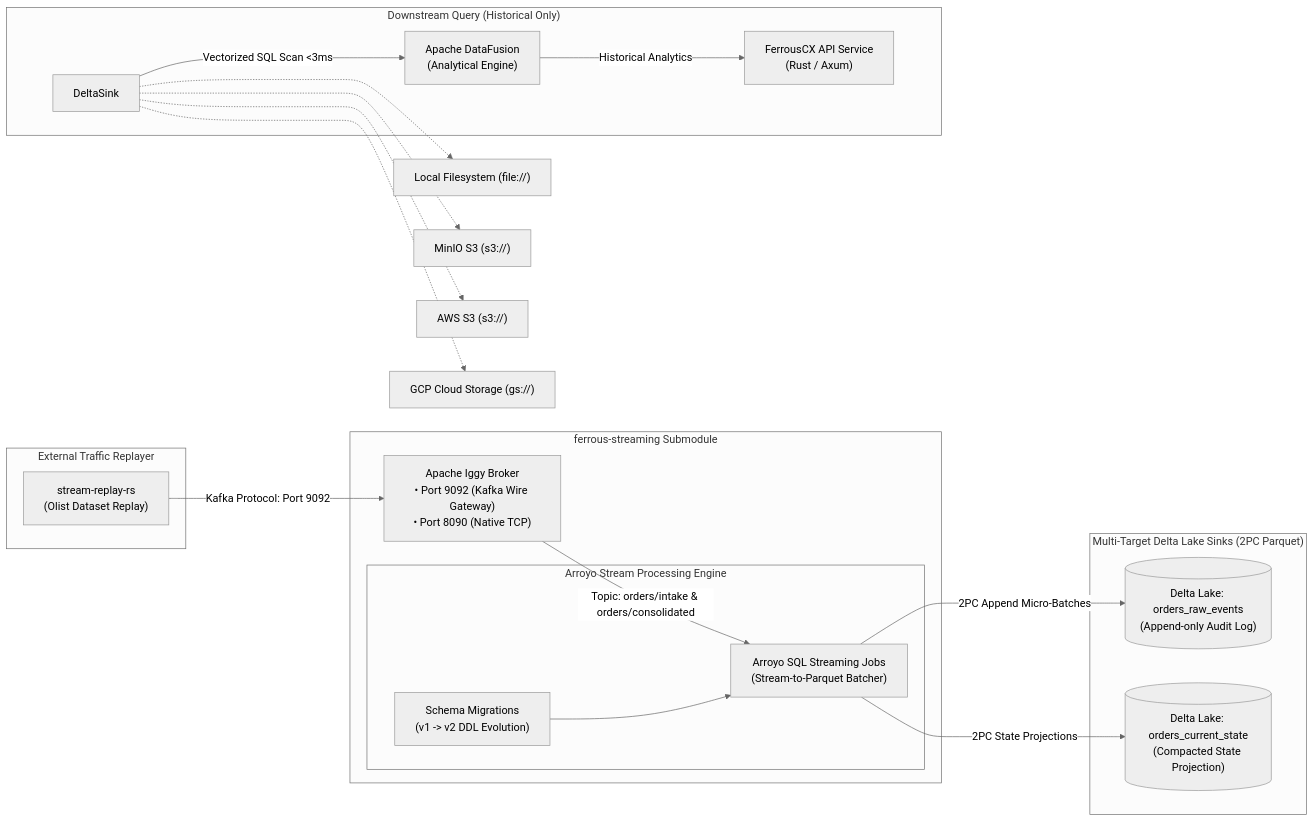
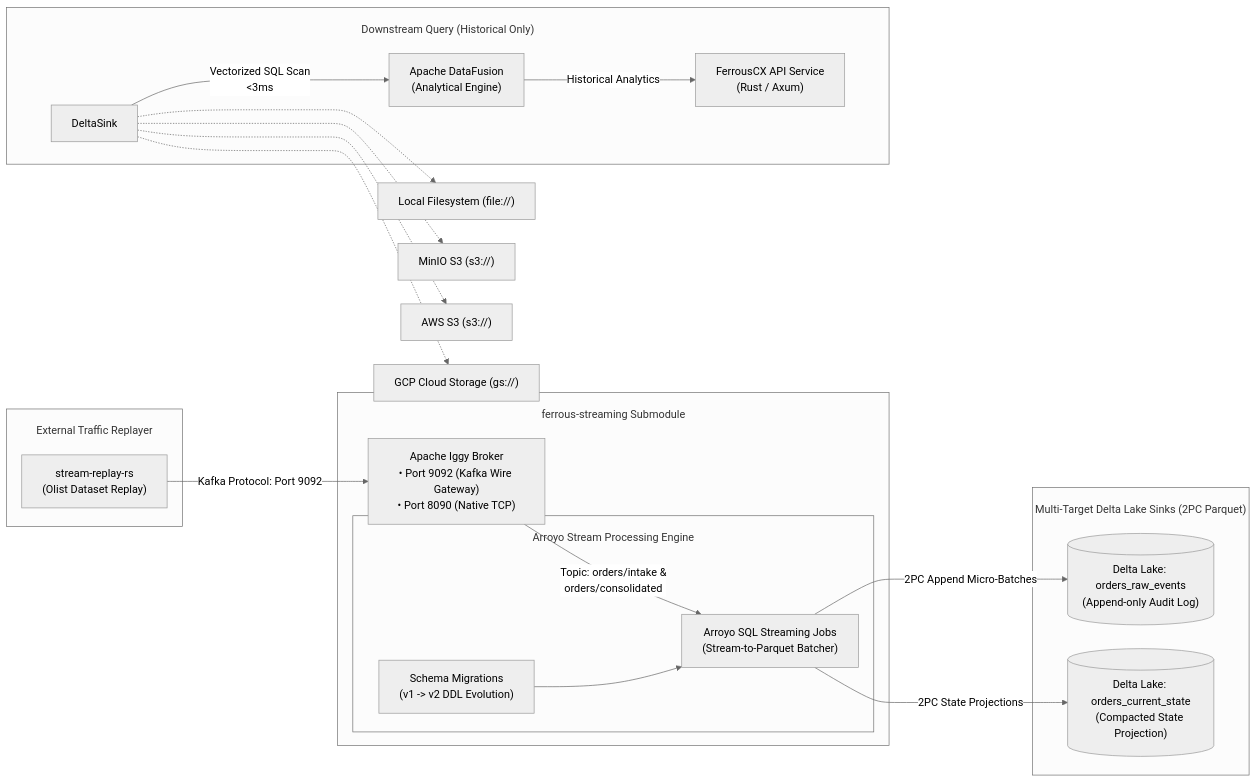
The diagram in README.md (reidlai/ferrous-streaming), drawn with Mermaid (neutral theme) before and after one commit.

Commit message:
docs(readme): fix word overlay in architecture mermaid diagram while preserving original layout

````diff
--- a/README.md
+++ b/README.md
@@ -19,36 +19,43 @@
 ```mermaid
+%%{init: {
+  'flowchart': {
+    'subGraphTitleMargin': { 'top': 20, 'bottom': 20 },
+    'nodeSpacing': 35,
+    'rankSpacing': 45
+  }
+}}%%
 flowchart LR
-    subgraph Ingestion_Source ["External Traffic Replayer"]
+    subgraph Ingestion_Source ["External Traffic Replayer<br/>&nbsp;"]
         Replayer["stream-replay-rs<br/>(Olist Dataset Replay)"]
     end
 
-    subgraph Streaming_Submodule ["ferrous-streaming Submodule"]
+    subgraph Streaming_Submodule ["ferrous-streaming Submodule<br/>&nbsp;"]
         Iggy["Apache Iggy Broker<br/>• Port 9092 (Kafka Wire Gateway)<br/>• Port 8090 (Native TCP)"]
         
-        subgraph Arroyo_Engine ["Arroyo Stream Processing Engine"]
+        subgraph Arroyo_Engine ["Arroyo Stream Processing Engine<br/>&nbsp;"]
             Migrations["Schema Migrations<br/>(v1 -> v2 DDL Evolution)"]
             SQLPipeline["Arroyo SQL Streaming Jobs<br/>(Stream-to-Parquet Batcher)"]
         end
     end
 
-    subgraph Storage ["Multi-Target Delta Lake Sinks (2PC Parquet)"]
+    subgraph Storage ["Multi-Target Delta Lake Sinks (2PC Parquet)<br/>&nbsp;"]
         DeltaRaw[("Delta Lake: orders_raw_events<br/>(Append-only Audit Log)")]
         DeltaState[("Delta Lake: orders_current_state<br/>(Compacted State Projection)")]
     end
 
     Replayer -->|Kafka Protocol: Port 9092| Iggy
-    Iggy -->|Topic: orders/intake & orders/consolidated| SQLPipeline
+    Iggy -->|Topic: orders/intake &<br/>orders/consolidated| SQLPipeline
     Migrations --> SQLPipeline
     SQLPipeline -->|2PC Append Micro-Batches| DeltaRaw
     SQLPipeline -->|2PC State Projections| DeltaState
 
     DeltaSink -.-> Local["Local Filesystem (file://)"]
     DeltaSink -.-> MinIO["MinIO S3 (s3://)"]
     DeltaSink -.-> AWSS3["AWS S3 (s3://)"]
     DeltaSink -.-> GCS["GCP Cloud Storage (gs://)"]
 
-    subgraph Downstream_Consumption ["Downstream Query (Historical Only)"]
-        DeltaSink -->|Vectorized SQL Scan &lt;3ms| DataFusion["Apache DataFusion<br/>(Analytical Engine)"]
+    subgraph Downstream_Consumption ["Downstream Query (Historical Only)<br/>&nbsp;"]
+        DeltaSink -->|Vectorized SQL Scan<br/>&lt;3ms| DataFusion["Apache DataFusion<br/>(Analytical Engine)"]
         DataFusion -->|Historical Analytics| ApiService["FerrousCX API Service<br/>(Rust / Axum)"]
     end
 ```
````
